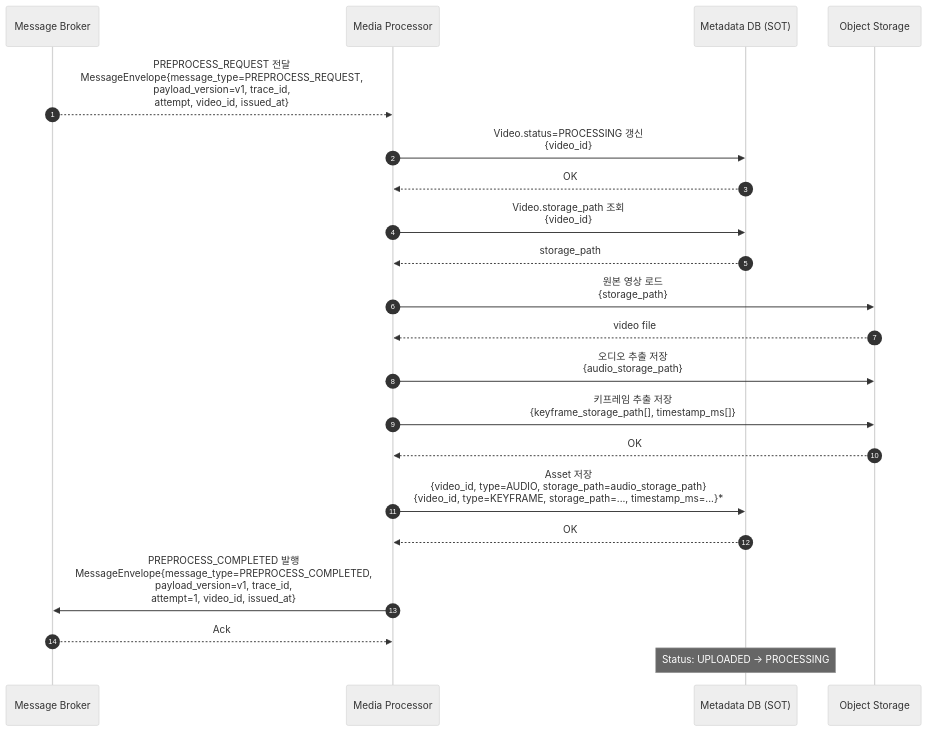
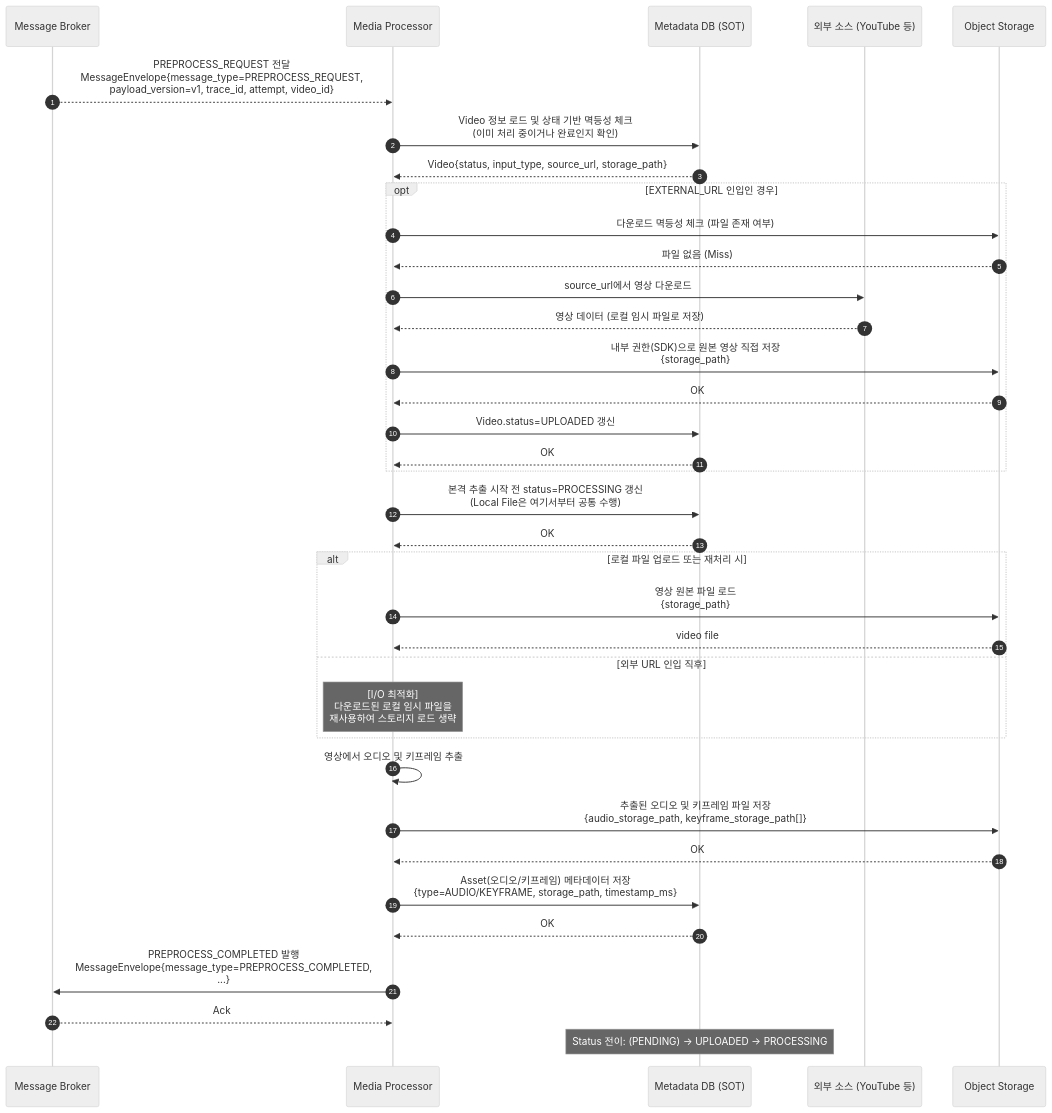
One commit to f-lab-edu/Biblio changed the third of 5 diagrams in docs/Diagram/sequence_diagram/SD_Mermaid.md. Above: the diagram before and after it, drawn with Mermaid (neutral theme). The commit also changed other lines of this file and 8 other files, not shown here.

First line of the commit message:
docs: sequence diagram

````diff
--- a/docs/Diagram/sequence_diagram/SD_Mermaid.md
+++ b/docs/Diagram/sequence_diagram/SD_Mermaid.md
@@ -96,33 +75,52 @@
 ```mermaid
 sequenceDiagram
 autonumber
 participant MQ as Message Broker
 participant MP as Media Processor
 participant DB as Metadata DB (SOT)
+participant EXT as 외부 소스 (YouTube 등)
 participant OS as Object Storage
 
-MQ-->>MP: PREPROCESS_REQUEST 전달<br/>MessageEnvelope{message_type=PREPROCESS_REQUEST,<br/>payload_version=v1, trace_id,<br/>attempt, video_id, issued_at}
+MQ-->>MP: PREPROCESS_REQUEST 전달<br/>MessageEnvelope{message_type=PREPROCESS_REQUEST,<br/>payload_version=v1, trace_id, attempt, video_id}
 
-MP->>DB: Video.status=PROCESSING 갱신<br/>{video_id}
+MP->>DB: Video 정보 로드 및 상태 기반 멱등성 체크<br/>(이미 처리 중이거나 완료인지 확인)
+DB-->>MP: Video{status, input_type, source_url, storage_path}
+
+opt EXTERNAL_URL 인입인 경우
+    MP->>OS: 다운로드 멱등성 체크 (파일 존재 여부)
+    OS-->>MP: 파일 없음 (Miss)
+    
+    MP->>EXT: source_url에서 영상 다운로드
+    EXT-->>MP: 영상 데이터 (로컬 임시 파일로 저장)
+    
+    MP->>OS: 내부 권한(SDK)으로 원본 영상 직접 저장<br/>{storage_path}
+    OS-->>MP: OK
+    
+    MP->>DB: Video.status=UPLOADED 갱신
+    DB-->>MP: OK
+end
+
+MP->>DB: 본격 추출 시작 전 status=PROCESSING 갱신<br/>(Local File은 여기서부터 공통 수행)
 DB-->>MP: OK
 
-MP->>DB: Video.storage_path 조회<br/>{video_id}
-DB-->>MP: storage_path
+alt 로컬 파일 업로드 또는 재처리 시
+    MP->>OS: 영상 원본 파일 로드<br/>{storage_path}
+    OS-->>MP: video file
+else 외부 URL 인입 직후
+    Note over MP: [I/O 최적화]<br/>다운로드된 로컬 임시 파일을<br/>재사용하여 스토리지 로드 생략
+end
 
-MP->>OS: 원본 영상 로드<br/>{storage_path}
-OS-->>MP: video file
+MP->>MP: 영상에서 오디오 및 키프레임 추출
 
-MP->>OS: 오디오 추출 저장<br/>{audio_storage_path}
-MP->>OS: 키프레임 추출 저장<br/>{keyframe_storage_path[], timestamp_ms[]}
+MP->>OS: 추출된 오디오 및 키프레임 파일 저장<br/>{audio_storage_path, keyframe_storage_path[]}
 OS-->>MP: OK
 
-MP->>DB: Asset 저장<br/>{video_id, type=AUDIO, storage_path=audio_storage_path}<br/>{video_id, type=KEYFRAME, storage_path=..., timestamp_ms=...}*
+MP->>DB: Asset(오디오/키프레임) 메타데이터 저장<br/>{type=AUDIO/KEYFRAME, storage_path, timestamp_ms}
 DB-->>MP: OK
 
-MP->>MQ: PREPROCESS_COMPLETED 발행<br/>MessageEnvelope{message_type=PREPROCESS_COMPLETED,<br/>payload_version=v1, trace_id,<br/>attempt=1, video_id, issued_at}
+MP->>MQ: PREPROCESS_COMPLETED 발행<br/>MessageEnvelope{message_type=PREPROCESS_COMPLETED,<br/>...}
 MQ-->>MP: Ack
 
-Note over DB: Status: UPLOADED → PROCESSING
-
+Note over DB: Status 전이: (PENDING) → UPLOADED → PROCESSING
 
 ```
````
